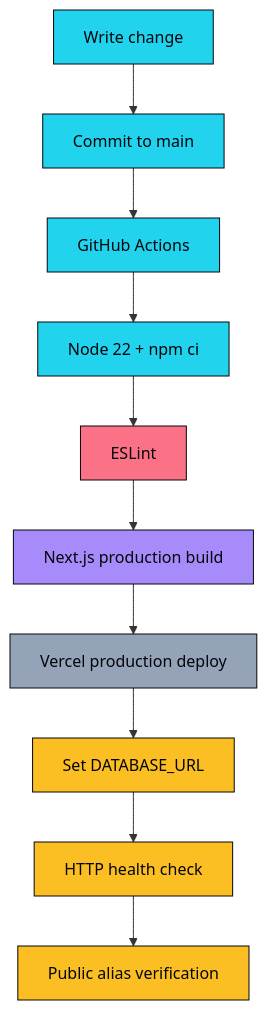
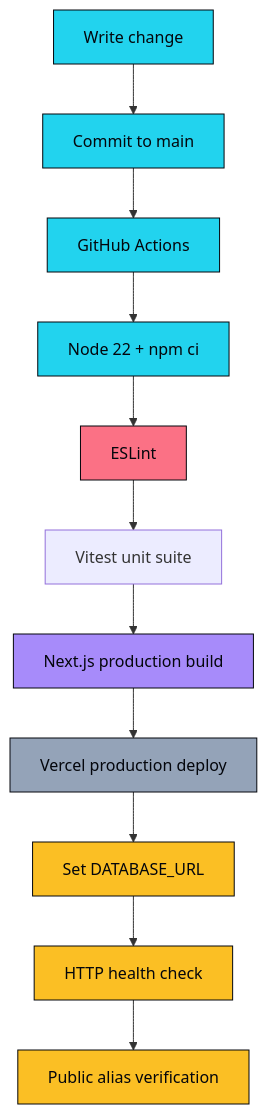
One commit to aniruddhaadak80/stewardship-ledger changed the seventh of 11 diagrams in README.md. Above: the diagram before and after it, drawn with Mermaid. The commit also changed other lines of this file and 38 other files, not shown here.

````diff
--- a/README.md
+++ b/README.md
@@ -197,23 +231,24 @@
 ```mermaid
 flowchart TB
   W[Write change] --> C[Commit to main]
   C --> G[GitHub Actions]
   G --> L[Node 22 + npm ci]
   L --> Q[ESLint]
-  Q --> B[Next.js production build]
+  Q --> T[Vitest unit suite]
+  T --> B[Next.js production build]
   B --> V[Vercel production deploy]
   V --> E[Set DATABASE_URL]
   E --> H[HTTP health check]
   H --> P[Public alias verification]
   classDef data fill:#22d3ee,color:#04060c,stroke:#04060c
   classDef engine fill:#a78bfa,color:#04060c,stroke:#04060c
   classDef agent fill:#34d399,color:#04060c,stroke:#04060c
   classDef external fill:#fbbf24,color:#04060c,stroke:#04060c
   classDef risk fill:#fb7185,color:#04060c,stroke:#04060c
   classDef infra fill:#94a3b8,color:#04060c,stroke:#04060c
   class W,C,G,L,Q,B data
   class E,H,P external
   class V infra
   class Q risk
   class B engine
 ```
````
